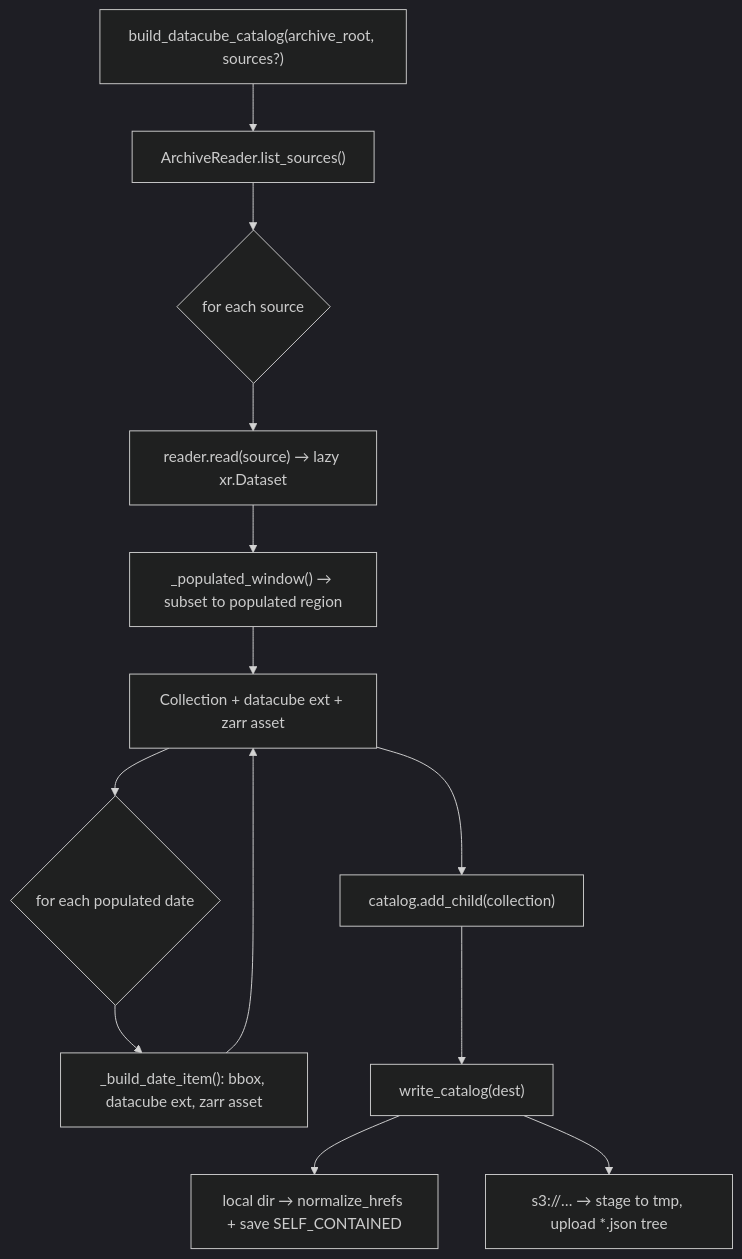
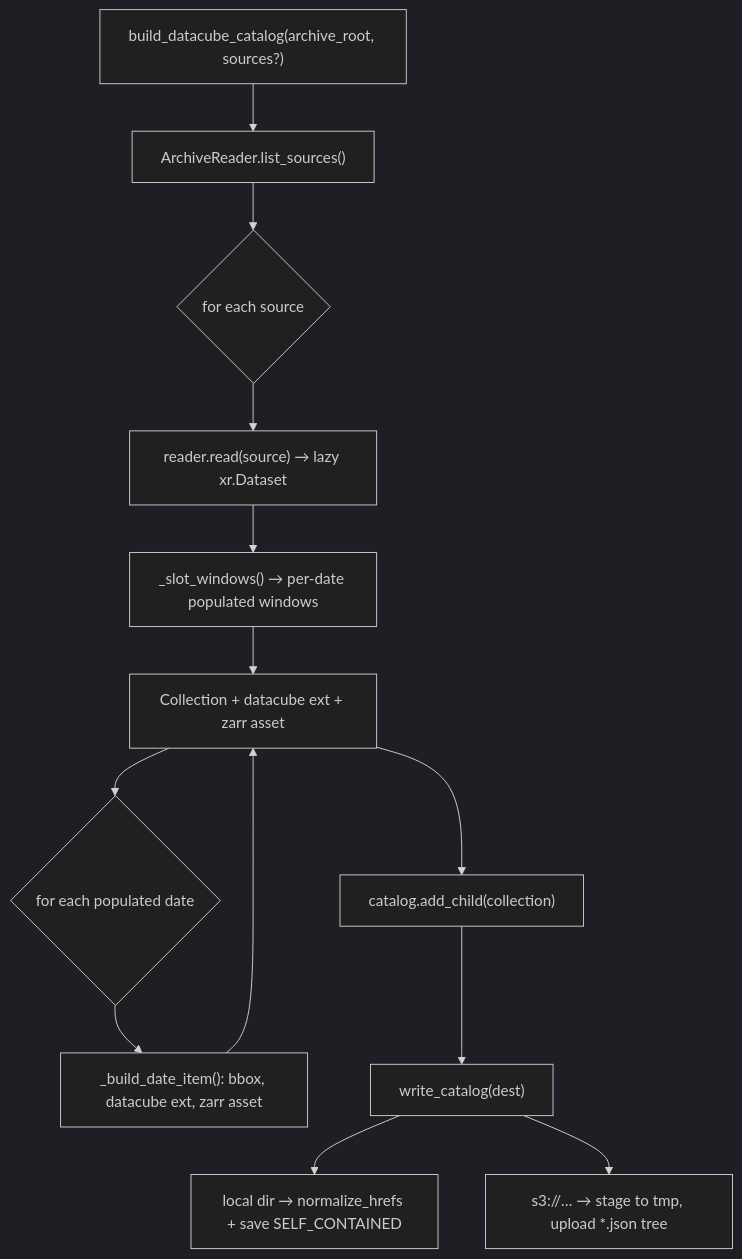
Before and after one commit to opageo/atlantis: the second of 3 diagrams in docs/archive/stac-and-viz.md, drawn with Mermaid (dark theme). The commit also changed other lines of this file and 1 other file, not shown here.

Commit message:
chore: Refactor STAC bounding box computation and optimize populated window handling

````diff
--- a/docs/archive/stac-and-viz.md
+++ b/docs/archive/stac-and-viz.md
@@ -209,15 +211,15 @@
 ```mermaid
 graph TD
     A["build_datacube_catalog(archive_root, sources?)"] --> B["ArchiveReader.list_sources()"]
     B --> C{"for each source"}
     C --> D["reader.read(source) → lazy xr.Dataset"]
-    D --> E["_populated_window() → subset to populated region"]
+    D --> E["_slot_windows() → per-date populated windows"]
     E --> F["Collection + datacube ext + zarr asset"]
     F --> G{"for each populated date"}
     G --> H["_build_date_item(): bbox, datacube ext, zarr asset"]
     H --> F
     F --> I["catalog.add_child(collection)"]
     I --> J["write_catalog(dest)"]
     J --> K1["local dir → normalize_hrefs + save SELF_CONTAINED"]
     J --> K2["s3://… → stage to tmp, upload *.json tree"]
 ```
````
